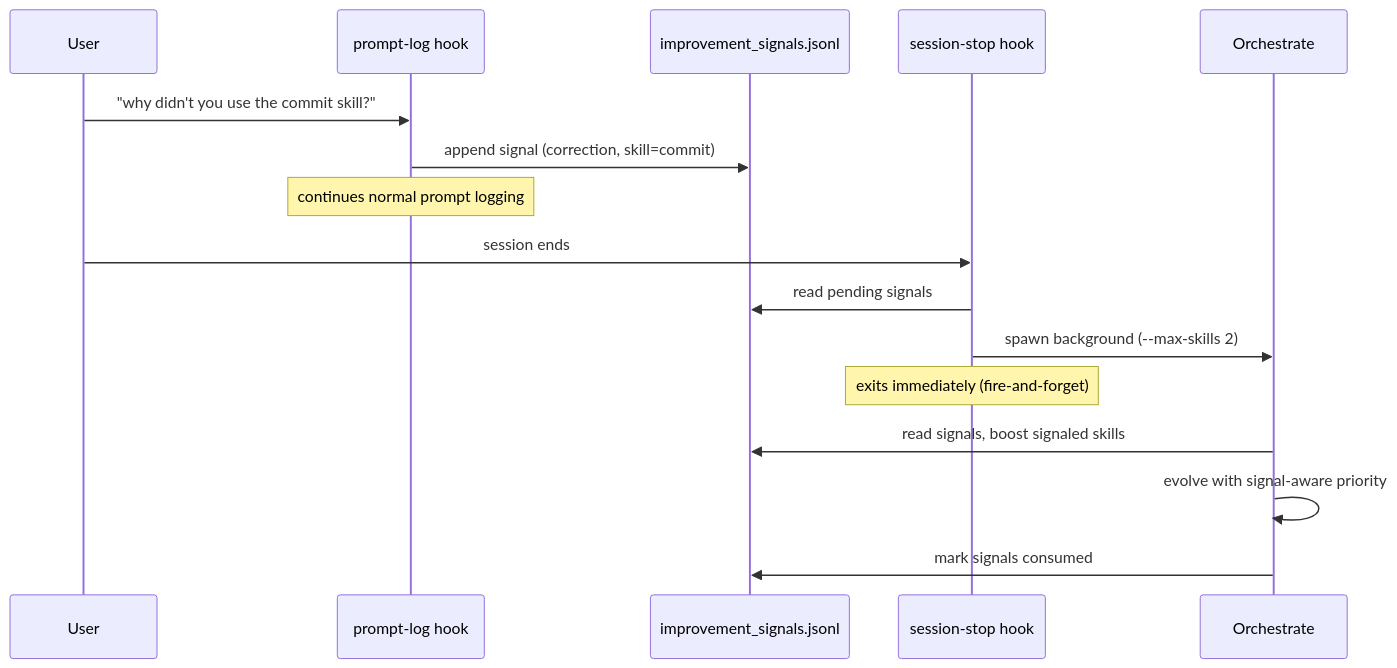
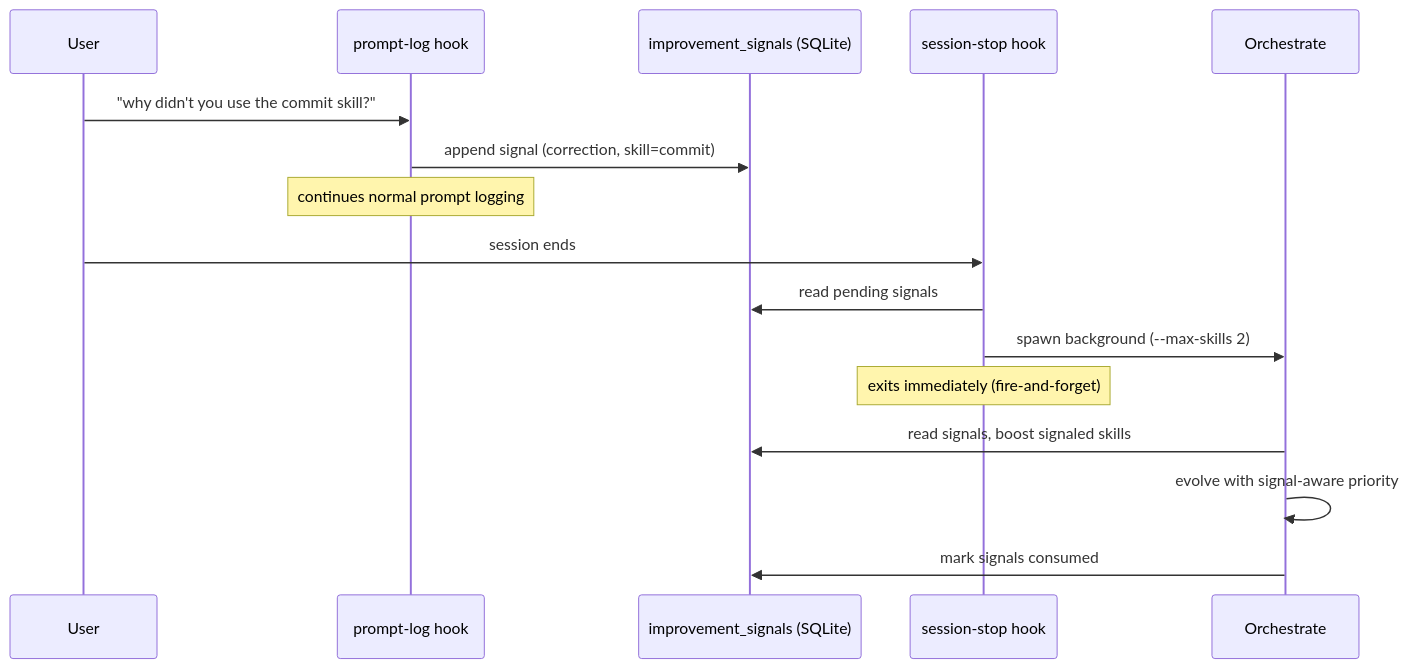
The fifth of 5 diagrams in ARCHITECTURE.md (selftune-dev/selftune), drawn with Mermaid before and after one commit. The commit also changed other lines of this file and 49 other files, not shown here.

````diff
--- a/ARCHITECTURE.md
+++ b/ARCHITECTURE.md
@@ -334,19 +335,19 @@
 ```mermaid
 sequenceDiagram
   participant User
   participant PromptLog as prompt-log hook
-  participant SignalLog as improvement_signals.jsonl
+  participant SignalLog as improvement_signals (SQLite)
   participant SessionStop as session-stop hook
   participant Orchestrate
 
   User->>PromptLog: "why didn't you use the commit skill?"
   PromptLog->>SignalLog: append signal (correction, skill=commit)
   Note over PromptLog: continues normal prompt logging
   User->>SessionStop: session ends
   SessionStop->>SignalLog: read pending signals
   SessionStop->>Orchestrate: spawn background (--max-skills 2)
   Note over SessionStop: exits immediately (fire-and-forget)
   Orchestrate->>SignalLog: read signals, boost signaled skills
   Orchestrate->>Orchestrate: evolve with signal-aware priority
   Orchestrate->>SignalLog: mark signals consumed
 ```
````
